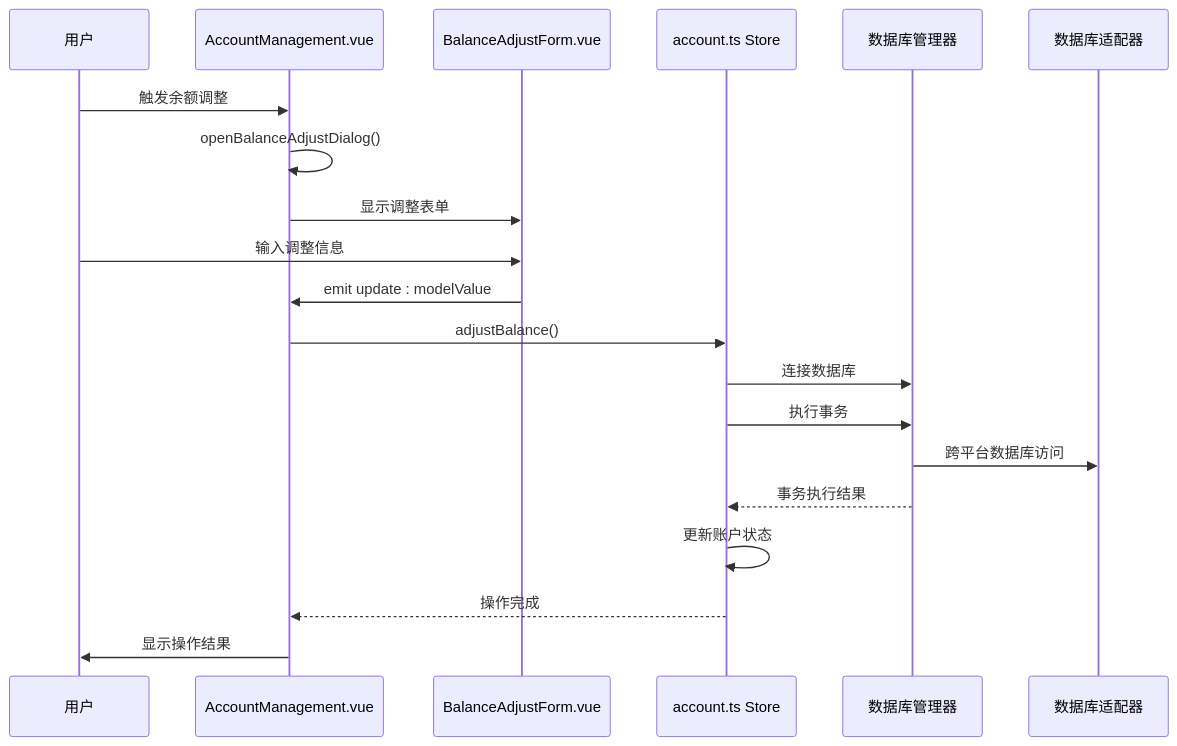
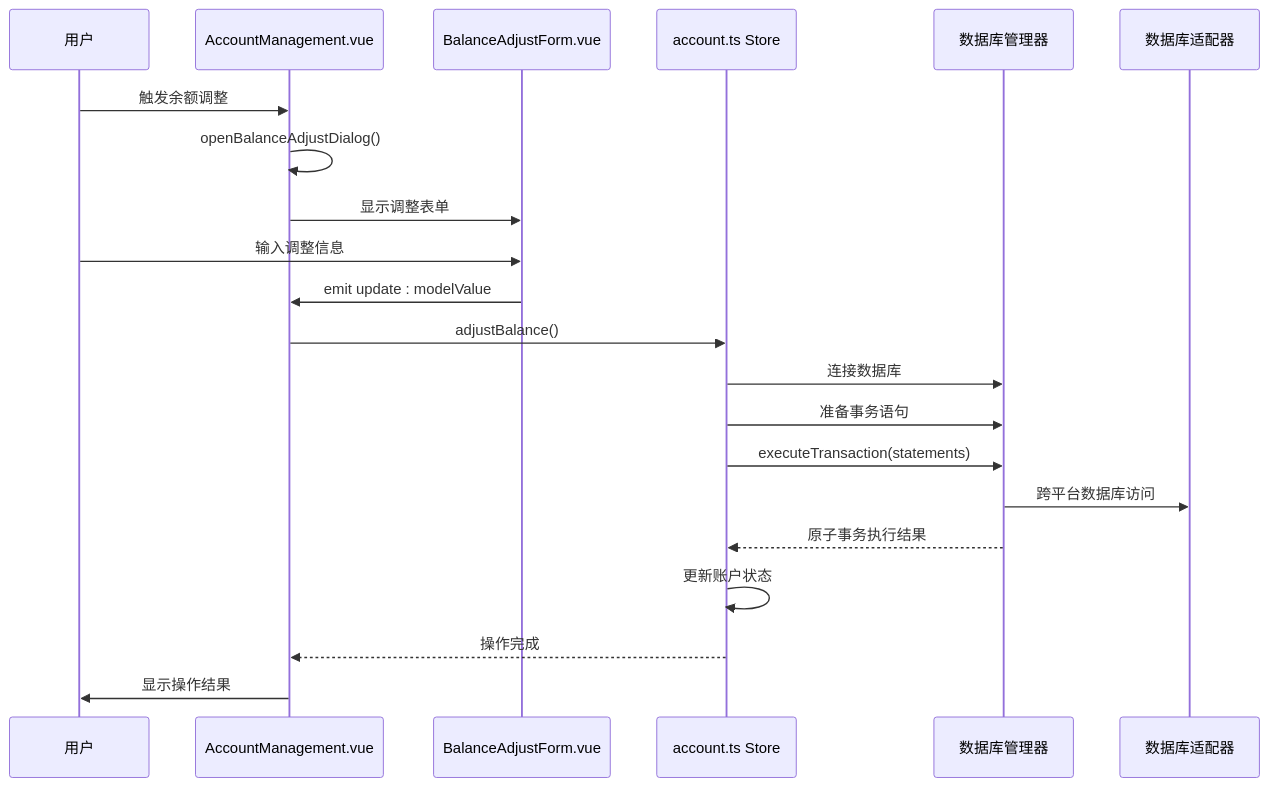
One commit to xiao-lin-unit/yuan changed the second of 8 diagrams in .qoder/repowiki/zh/content/账户管理/余额调整功能.md. Above: the diagram before and after it, drawn with Mermaid. The commit also changed other lines of this file and 10 other files, not shown here.

````diff
--- a/.qoder/repowiki/zh/content/账户管理/余额调整功能.md
+++ b/.qoder/repowiki/zh/content/账户管理/余额调整功能.md
@@ -101,22 +111,23 @@
 ```mermaid
 sequenceDiagram
 participant User as 用户
 participant UI as AccountManagement.vue
 participant Form as BalanceAdjustForm.vue
 participant Store as account.ts Store
 participant DB as 数据库管理器
 participant Adapter as 数据库适配器
 User->>UI : 触发余额调整
 UI->>UI : openBalanceAdjustDialog()
 UI->>Form : 显示调整表单
 User->>Form : 输入调整信息
 Form->>UI : emit update : modelValue
 UI->>Store : adjustBalance()
 Store->>DB : 连接数据库
-Store->>DB : 执行事务
+Store->>DB : 准备事务语句
+Store->>DB : executeTransaction(statements)
 DB->>Adapter : 跨平台数据库访问
-DB-->>Store : 事务执行结果
+DB-->>Store : 原子事务执行结果
 Store->>Store : 更新账户状态
 Store-->>UI : 操作完成
 UI->>User : 显示操作结果
 ```
````
